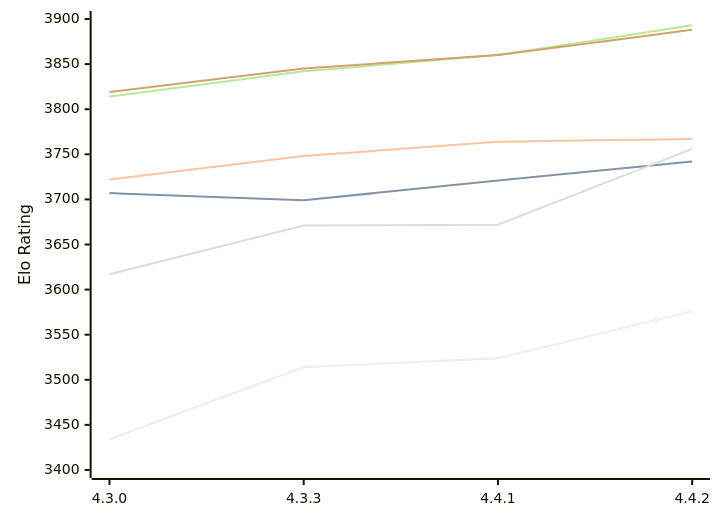
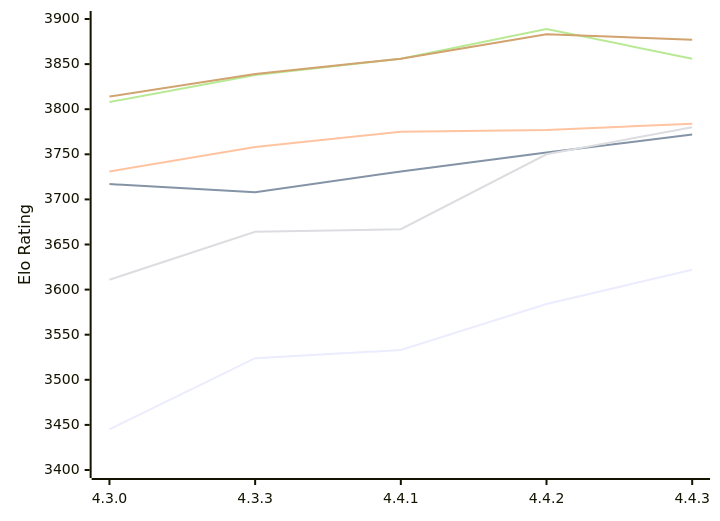
Before and after one commit to computer-chess-index/cci: the first of 2 diagrams in engines/Gaia.md, drawn with Mermaid. The commit also changed other lines of this file, not shown here.

Commit message:
Update CCI Ratings (ELO VLTC) - 2026-11-06

````diff
--- a/engines/Gaia.md
+++ b/engines/Gaia.md
@@ -59,12 +61,12 @@
 ```mermaid
 %%{init: {"theme":"base","themeVariables":{"seriesColors:['#a3a3a3','#222221','#faa371']}}}%%
 xychart-beta
-  x-axis ["4.3.0", "4.3.3", "4.4.1", "4.4.2"]
+  x-axis ["4.3.0", "4.3.3", "4.4.1", "4.4.2", "4.4.3"]
   y-axis "Elo Rating" 3400 --> 3900
-  line "E1: STC (8.0+0.08s)" [3434, 3514, 3524, 3576]
-  line "E1: LTC (60.0+0.60s)" [3707, 3699, 3721, 3742]
-  line "E1: VLTC (2m24s+1.12s)" [3722, 3748, 3764, 3767]
-  line "P1: STC (8.0+0.08s)" [3617, 3671, 3672, 3756]
-  line "P1: LTC (60.0+0.60s)" [3814, 3842, 3860, 3893]
-  line "P1: VLTC (2m24s+1.12s)" [3819, 3845, 3860, 3888]
+  line "E1: STC (8.0+0.08s)" [3445, 3524, 3533, 3584, 3622]
+  line "E1: LTC (60.0+0.60s)" [3717, 3708, 3731, 3752, 3772]
+  line "E1: VLTC (2m24s+1.12s)" [3731, 3758, 3775, 3777, 3784]
+  line "P1: STC (8.0+0.08s)" [3611, 3664, 3667, 3750, 3780]
+  line "P1: LTC (60.0+0.60s)" [3808, 3838, 3856, 3889, 3856]
+  line "P1: VLTC (2m24s+1.12s)" [3814, 3839, 3856, 3883, 3877]
 ```
````
